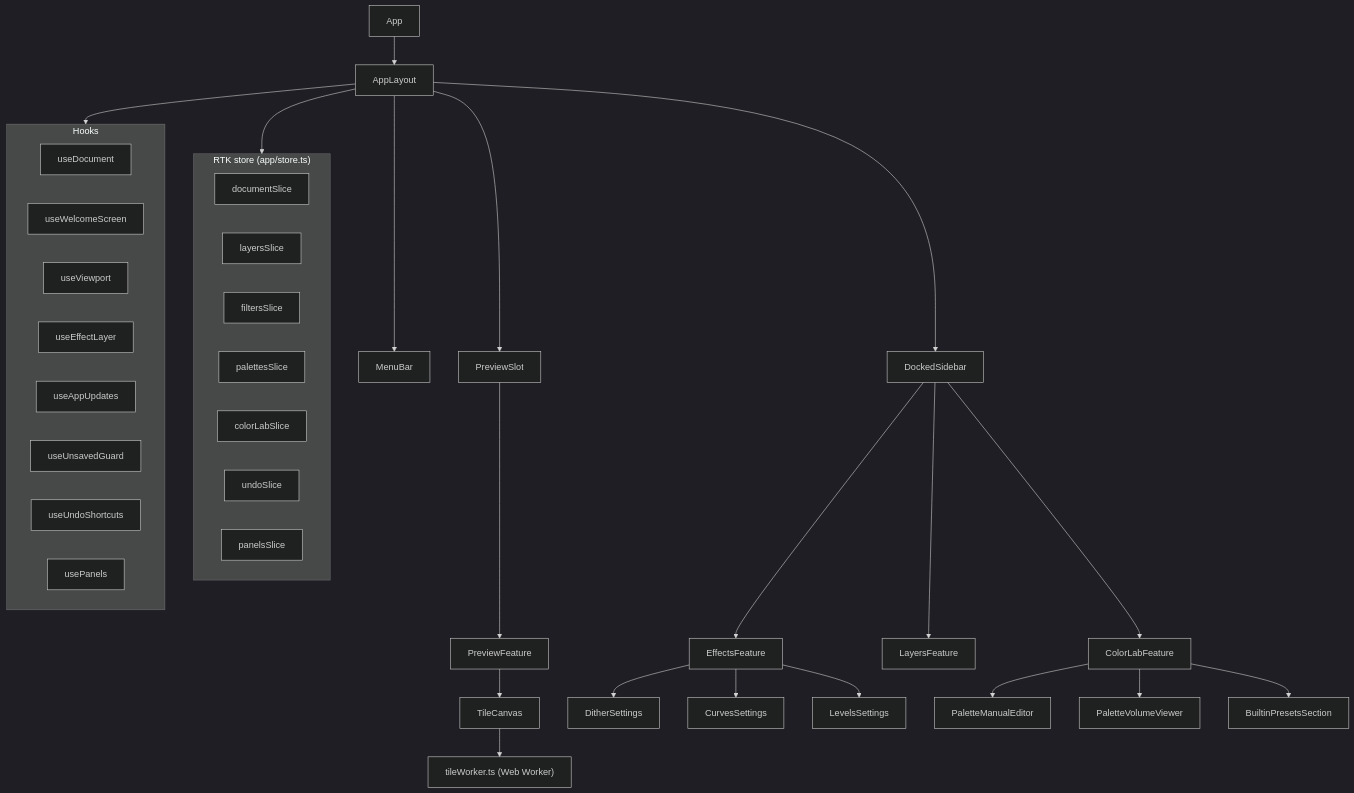
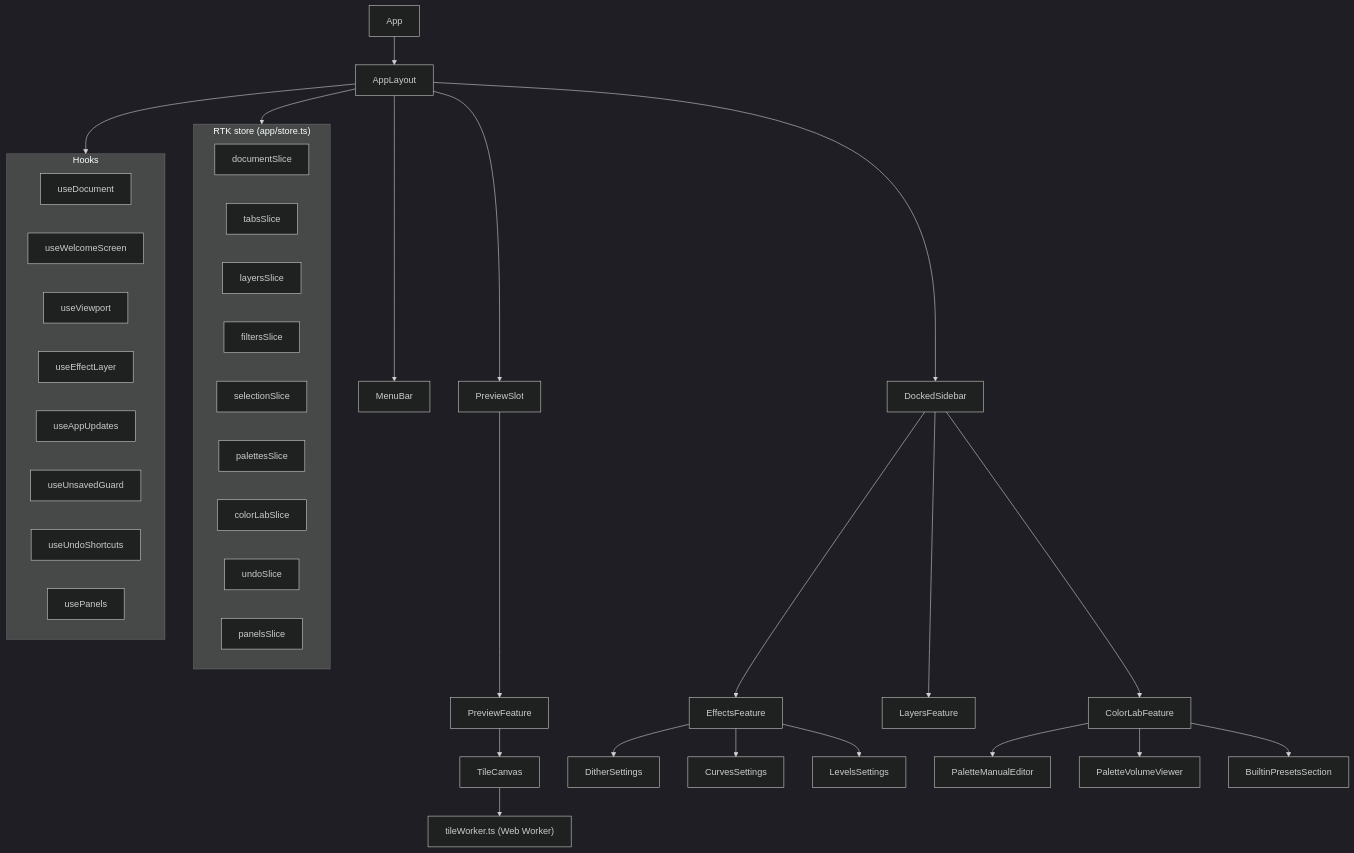
One commit to edrdavid1/dith-yuki changed the fifth of 10 diagrams in docs/architecture.md. Above: the diagram before and after it, drawn with Mermaid (dark theme). The commit also changed other lines of this file and 144 other files, not shown here.

First line of the commit message:
docs & feat: align architecture docs with as-built state and finalize 0.2.0 release

````diff
--- a/docs/architecture.md
+++ b/docs/architecture.md
@@ -1055,47 +1057,49 @@
 ```mermaid
 graph TD
     App --> AppLayout
     AppLayout --> MenuBar
     AppLayout --> PreviewSlot
     AppLayout --> DockedSidebar
 
     PreviewSlot --> PreviewFeature
     PreviewFeature --> TileCanvas
     TileCanvas --> tileWorker["tileWorker.ts (Web Worker)"]
 
     DockedSidebar --> EffectsFeature
     DockedSidebar --> LayersFeature
     DockedSidebar --> ColorLabFeature
 
     EffectsFeature --> DitherSettings
     EffectsFeature --> CurvesSettings
     EffectsFeature --> LevelsSettings
 
     ColorLabFeature --> PaletteManualEditor
     ColorLabFeature --> PaletteVolumeViewer
     ColorLabFeature --> BuiltinPresetsSection
 
     subgraph Store["RTK store (app/store.ts)"]
         documentSlice
+        tabsSlice
         layersSlice
         filtersSlice
+        selectionSlice
         palettesSlice
         colorLabSlice
         undoSlice
         panelsSlice
     end
 
     subgraph Hooks
         useDocument
         useWelcomeScreen
         useViewport
         useEffectLayer
         useAppUpdates
         useUnsavedGuard
         useUndoShortcuts
         usePanels
     end
 
     AppLayout --> Hooks
     AppLayout --> Store
 ```
````
